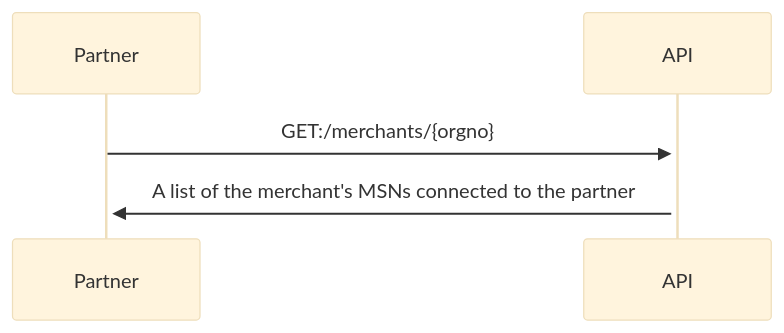
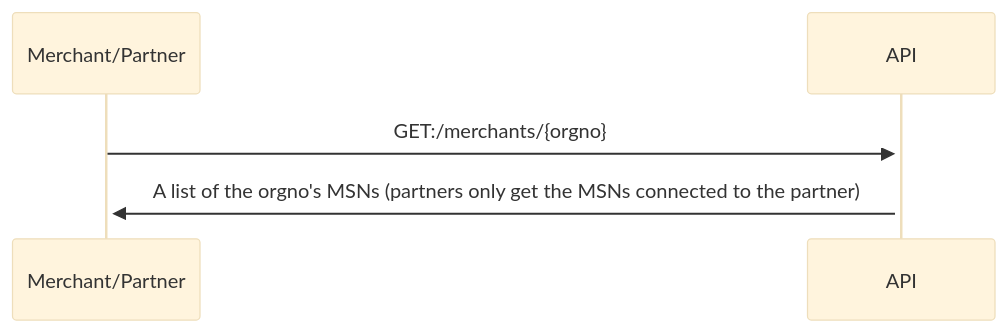
Before and after one commit to vippsas/management-api: the first of 3 diagrams in management-api-guide.md, drawn with Mermaid (base theme). The commit also changed other lines of this file, not shown here.

````diff
--- a/management-api-guide.md
+++ b/management-api-guide.md
@@ -65,5 +47,5 @@
 ```mermaid
 sequenceDiagram
-    Partner->>+API: GET:/merchants/{orgno}
-    API->>+Partner: A list of the merchant's MSNs connected to the partner
+    Merchant/Partner->>+API: GET:/merchants/{orgno}
+    API->>+Merchant/Partner: A list of the orgno's MSNs (partners only get the MSNs connected to the partner)
 ```
````
